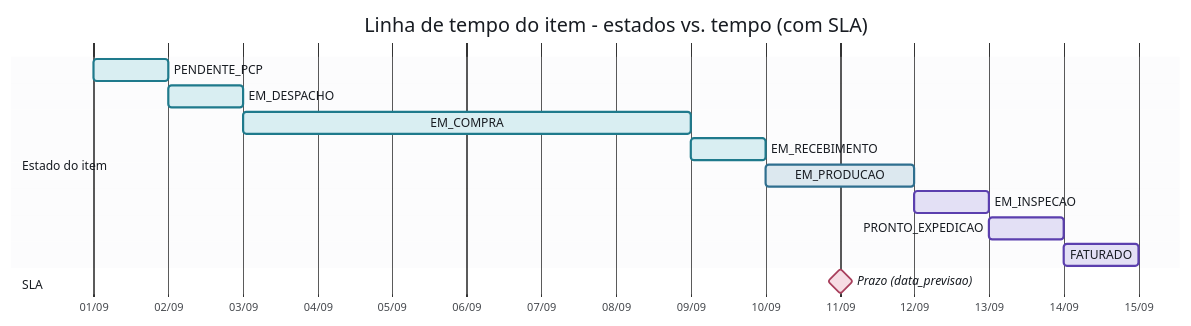
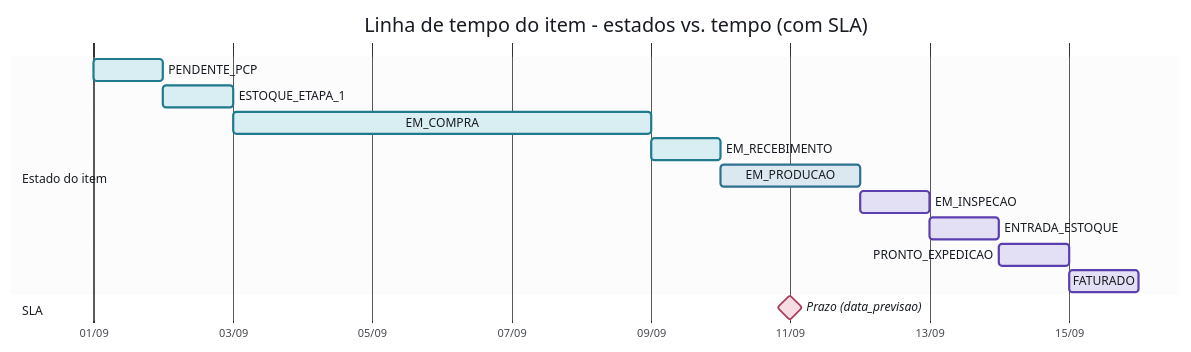
One commit to Acosvital/vault-avhub-mer changed diagram 22 of 28 in 04-Arquitetura-Transversal/Diagramas-UML.md. Above: the diagram before and after it, drawn with Mermaid. The commit also changed other lines of this file and 36 other files, not shown here.

First line of the commit message:
Encaixe do Estoque e da Revenda no fluxo do PCP (MES)

````diff
--- a/04-Arquitetura-Transversal/Diagramas-UML.md
+++ b/04-Arquitetura-Transversal/Diagramas-UML.md
@@ -1159,39 +1209,40 @@
 ```mermaid
 %%{init: {'theme': 'base', 'themeVariables': {
   'titleColor': '#181c22',
   'textColor': '#181c22',
   'taskTextColor': '#181c22',
   'taskTextOutsideColor': '#181c22',
   'taskTextLightColor': '#181c22',
   'taskTextDarkColor': '#181c22',
   'taskTextClickableColor': '#181c22',
   'sectionBkgColor': '#eef0f2',
   'sectionBkgColor2': '#ffffff',
   'altSectionBkgColor': '#ffffff',
   'gridColor': '#c7ccd1',
   'todayLineColor': '#c9541a',
   'doneTaskBkgColor': '#d9eef2',
   'doneTaskBorderColor': '#1f7a8c',
   'activeTaskBkgColor': '#dce8ef',
   'activeTaskBorderColor': '#2f6f8f',
   'taskBkgColor': '#e3e0f5',
   'taskBorderColor': '#5b3fae',
   'critBkgColor': '#f6dde4',
   'critBorderColor': '#a83f5c'
 }}}%%
 gantt
     title Linha de tempo do item - estados vs. tempo (com SLA)
     dateFormat YYYY-MM-DD
     axisFormat %d/%m
     section Estado do item
-    PENDENTE_PCP         :done, s1, 2026-09-01, 1d
-    EM_DESPACHO           :done, s2, 2026-09-02, 1d
+    PENDENTE_PCP          :done, s1, 2026-09-01, 1d
+    ESTOQUE_ETAPA_1       :done, s2, 2026-09-02, 1d
     EM_COMPRA             :done, s3, 2026-09-03, 6d
     EM_RECEBIMENTO        :done, s4, 2026-09-09, 1d
     EM_PRODUCAO           :active, s5, 2026-09-10, 2d
     EM_INSPECAO           :s6, 2026-09-12, 1d
-    PRONTO_EXPEDICAO      :s7, 2026-09-13, 1d
-    FATURADO              :s8, 2026-09-14, 1d
+    ENTRADA_ESTOQUE       :s7, 2026-09-13, 1d
+    PRONTO_EXPEDICAO      :s8, 2026-09-14, 1d
+    FATURADO              :s9, 2026-09-15, 1d
     section SLA
     Prazo (data_previsao) :crit, milestone, 2026-09-11, 0d
 ```
````
